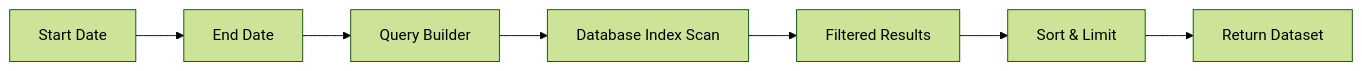
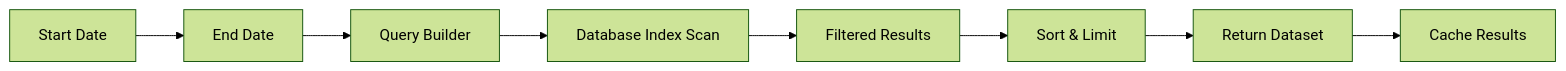
The fifth of 7 diagrams in .qoder/repowiki/en/content/API Reference/Repository API/Position Repository.md (iliyas77/MTF-monitor), drawn with Mermaid (forest theme) before and after one commit. The commit also changed other lines of this file and 69 other files, not shown here.

````diff
--- a/.qoder/repowiki/en/content/API Reference/Repository API/Position Repository.md
+++ b/.qoder/repowiki/en/content/API Reference/Repository API/Position Repository.md
@@ -230,9 +277,10 @@
 ```mermaid
 flowchart LR
 A["Start Date"] --> B["End Date"]
 B --> C["Query Builder"]
 C --> D["Database Index Scan"]
 D --> E["Filtered Results"]
 E --> F["Sort & Limit"]
 F --> G["Return Dataset"]
+G --> H["Cache Results"]
 ```
````
